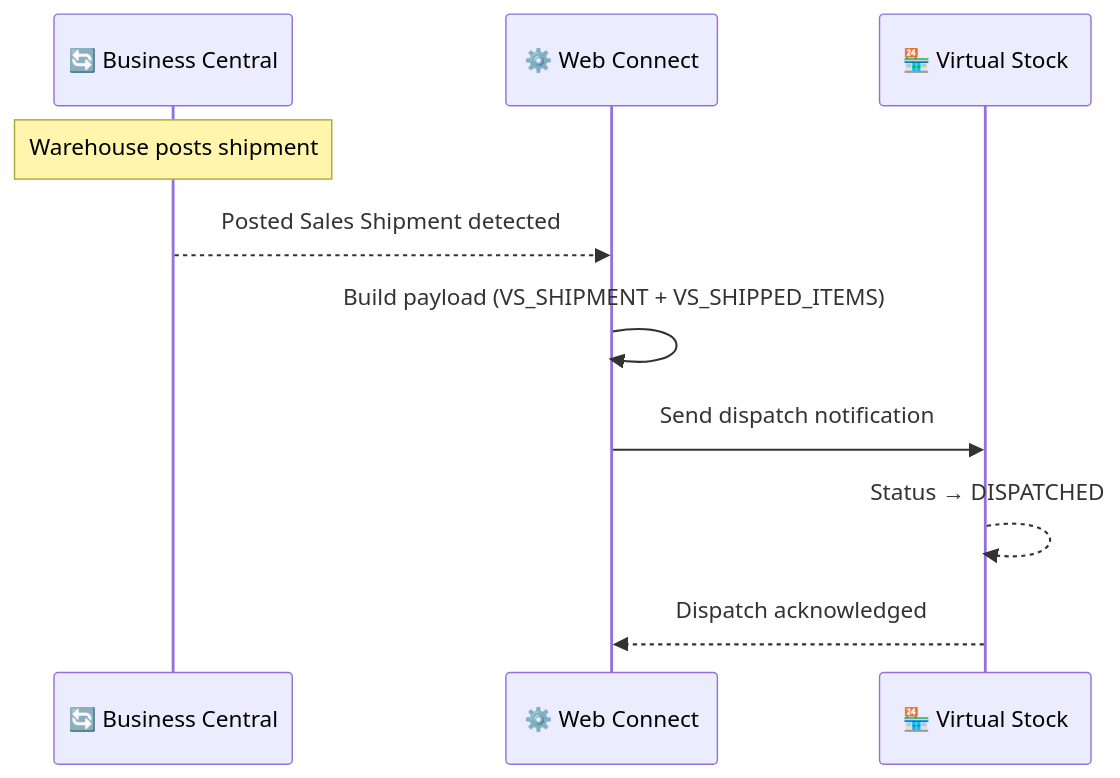
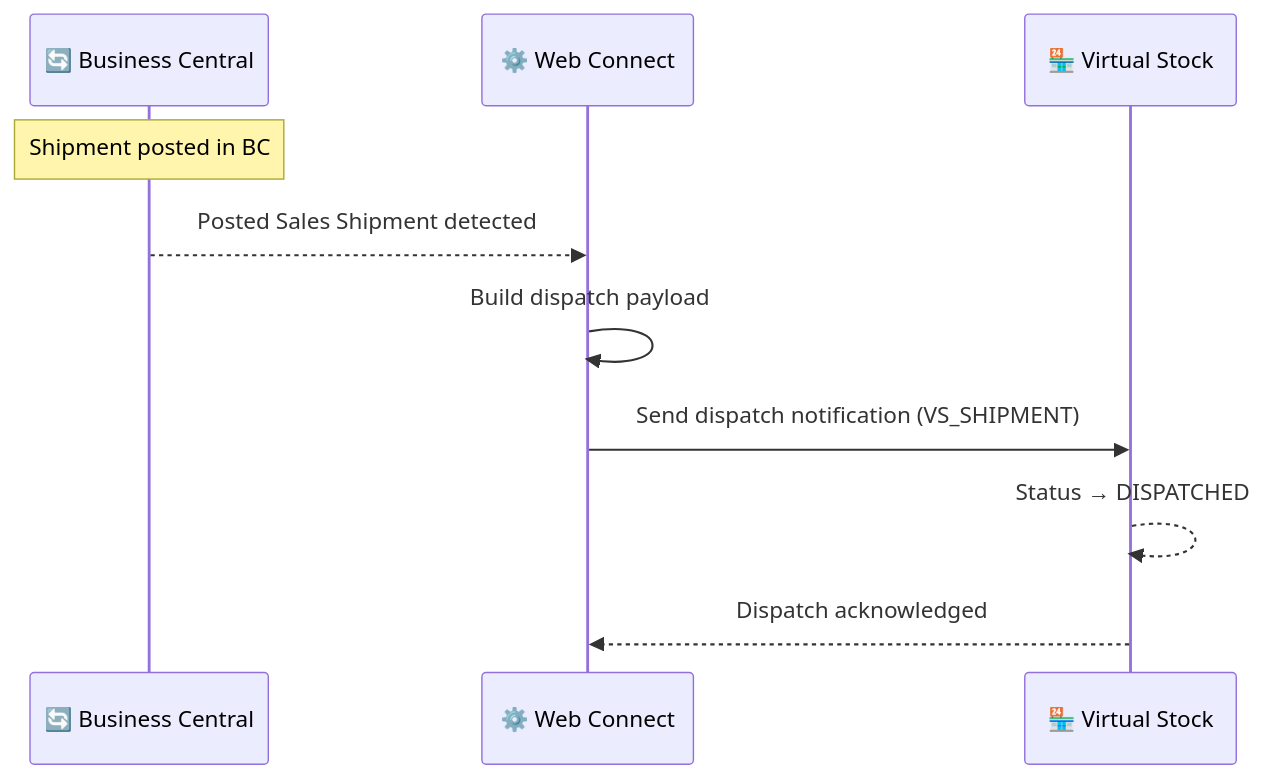
The diagram in integrations/virtual-stock/flows/shipment.md (Combine-IT-ab/docs-general), drawn with Mermaid before and after one commit. The commit also changed other lines of this file and 7 other files, not shown here.

````diff
--- a/integrations/virtual-stock/flows/shipment.md
+++ b/integrations/virtual-stock/flows/shipment.md
@@ -42,13 +36,13 @@
 ```mermaid
 sequenceDiagram
     participant BC as 🔄 Business Central
     participant WC as ⚙️ Web Connect
     participant VS as 🏪 Virtual Stock
 
-    Note over BC: Warehouse posts shipment
+    Note over BC: Shipment posted in BC
     BC-->>WC: Posted Sales Shipment detected
-    WC->>WC: Build payload (VS_SHIPMENT + VS_SHIPPED_ITEMS)
-    WC->>VS: Send dispatch notification
+    WC->>WC: Build dispatch payload
+    WC->>VS: Send dispatch notification (VS_SHIPMENT)
     VS-->>VS: Status → DISPATCHED
     VS-->>WC: Dispatch acknowledged
 ```
````
